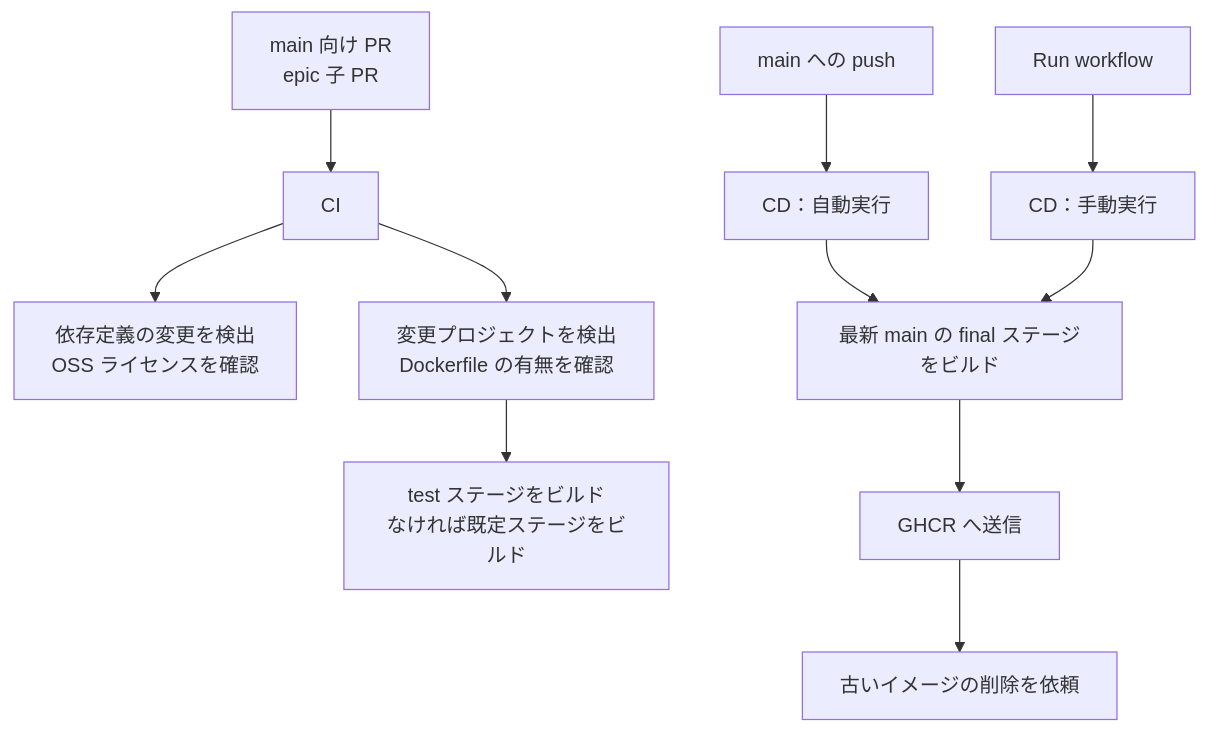
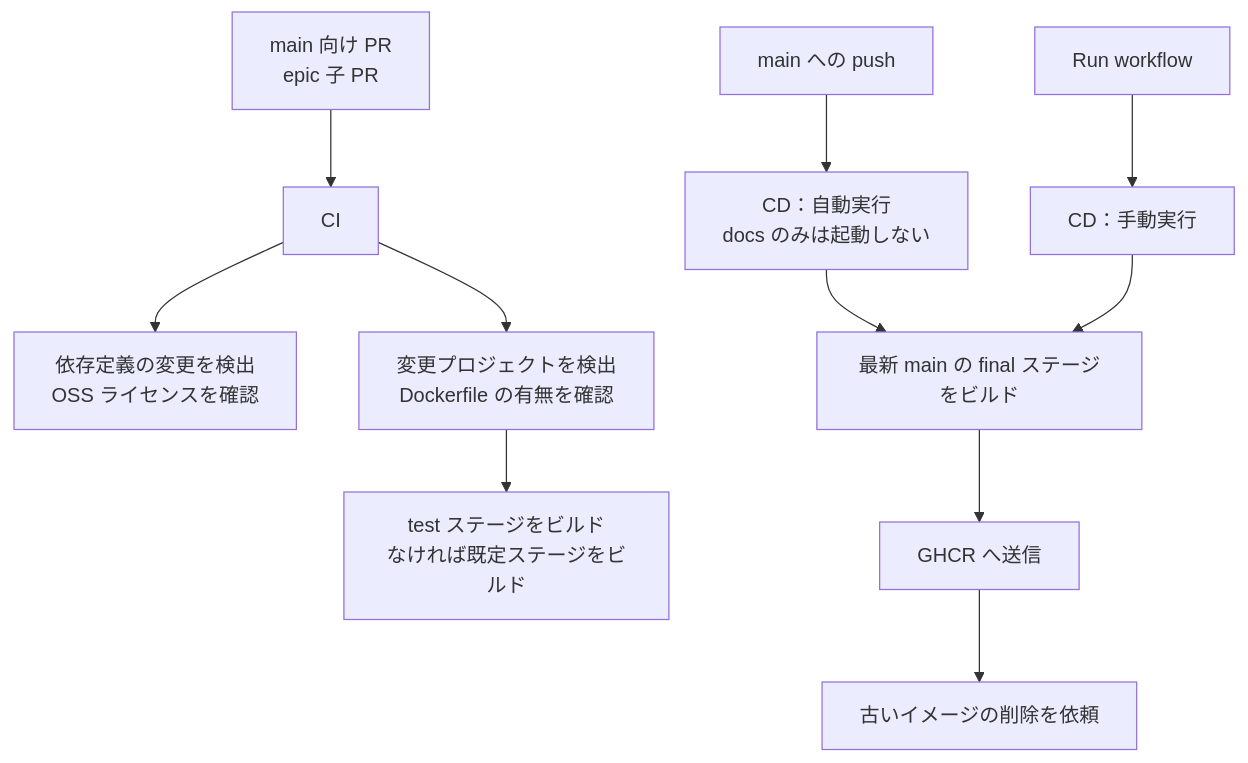
The diagram in docs/about-cicd.md (u7chan/monorepo), drawn with Mermaid before and after one commit. The commit also changed other lines of this file and 3 other files, not shown here.

````diff
--- a/docs/about-cicd.md
+++ b/docs/about-cicd.md
@@ -20,14 +20,14 @@
 ```mermaid
 flowchart TB
   PR["main 向け PR<br/>epic 子 PR"] --> CI["CI"]
   CI --> LICENSE["依存定義の変更を検出<br/>OSS ライセンスを確認"]
   CI --> CI_PROJECTS["変更プロジェクトを検出<br/>Dockerfile の有無を確認"]
   CI_PROJECTS --> CI_BUILD["test ステージをビルド<br/>なければ既定ステージをビルド"]
 
-  PUSH["main への push"] --> AUTO["CD：自動実行"]
+  PUSH["main への push"] --> AUTO["CD：自動実行<br/>docs のみは起動しない"]
   MANUAL["Run workflow"] --> MANUAL_CD["CD：手動実行"]
   AUTO --> FINAL["最新 main の final ステージをビルド"]
   MANUAL_CD --> FINAL
   FINAL --> GHCR["GHCR へ送信"]
   GHCR --> CLEANUP["古いイメージの削除を依頼"]
 ```
````
